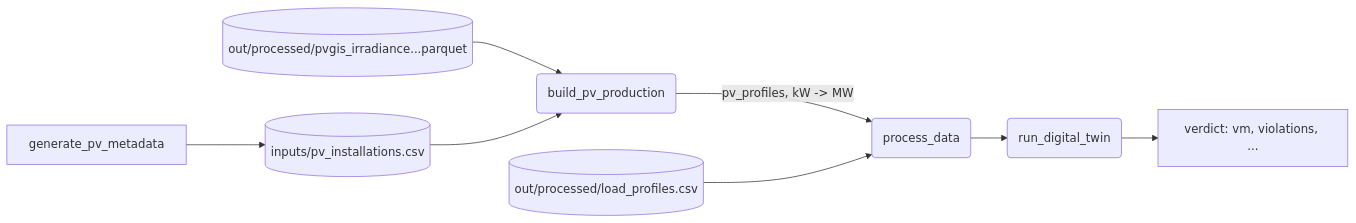
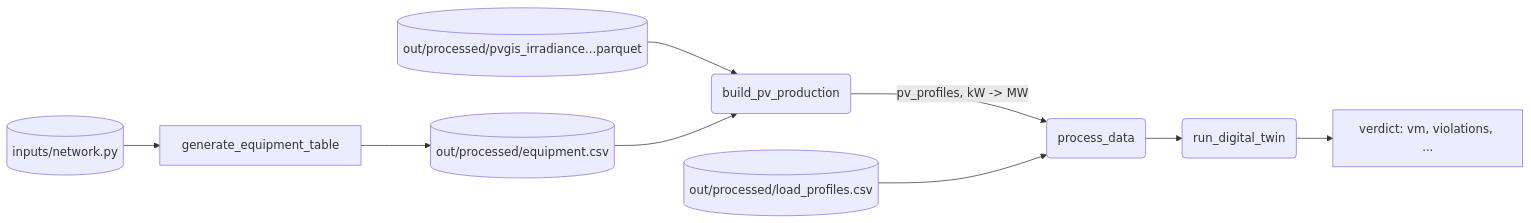
The diagram in docs/pv_modelling.md (MAS4TE/digital_twin), drawn with Mermaid before and after one commit. The commit also changed other lines of this file and 7 other files, not shown here.

````diff
--- a/docs/pv_modelling.md
+++ b/docs/pv_modelling.md
@@ -16,10 +16,11 @@
 ```{mermaid}
 flowchart LR
-    M[generate_pv_metadata] --> C[(inputs/pv_installations.csv)]
+    N[(inputs/network.py)] --> M[generate_equipment_table]
+    M --> C[(out/processed/equipment.csv)]
     A[(out/processed/pvgis_irradiance...parquet)] --> P(build_pv_production)
     C --> P
     P -->|pv_profiles, kW -> MW| D(process_data)
     D --> T(run_digital_twin)
     L[(out/processed/load_profiles.csv)] --> D
     T --> R[verdict: vm, violations, ...]
 ```
````
